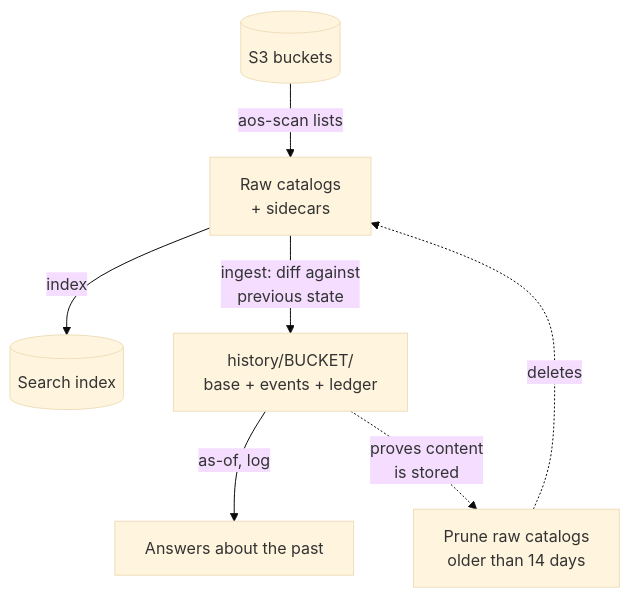
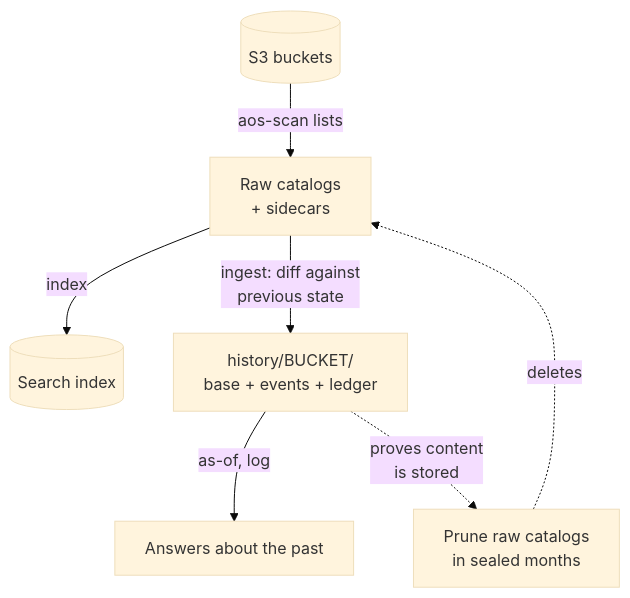
The first of 8 diagrams in docs/s3-history-overview.md (BCM-HGSC/aws-object-search), drawn with Mermaid (base theme) before and after one commit. The commit also changed other lines of this file and 1 other file, not shown here.

First line of the commit message:
Keep raw catalogs until their month is sealed

````diff
--- a/docs/s3-history-overview.md
+++ b/docs/s3-history-overview.md
@@ -53,9 +53,9 @@
 ```mermaid
 flowchart TD
     S3[(S3 buckets)] -->|aos-scan lists| CAT["Raw catalogs<br/>+ sidecars"]
     CAT -->|index| IDX[(Search index)]
     CAT -->|"ingest: diff against<br/>previous state"| HIST["history/BUCKET/<br/>base + events + ledger"]
     HIST -->|as-of, log| Q[Answers about the past]
-    HIST -.->|"proves content<br/>is stored"| PRUNE["Prune raw catalogs<br/>older than 14 days"]
+    HIST -.->|"proves content<br/>is stored"| PRUNE["Prune raw catalogs<br/>in sealed months"]
     PRUNE -.->|deletes| CAT
 ```
````
